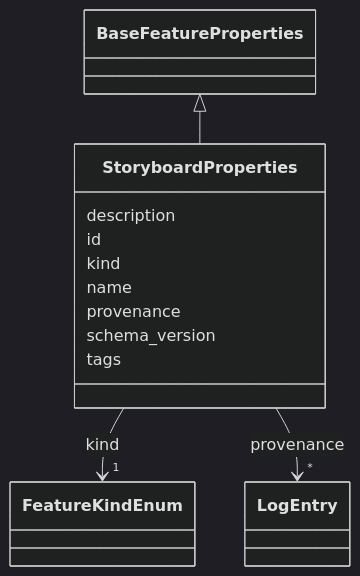
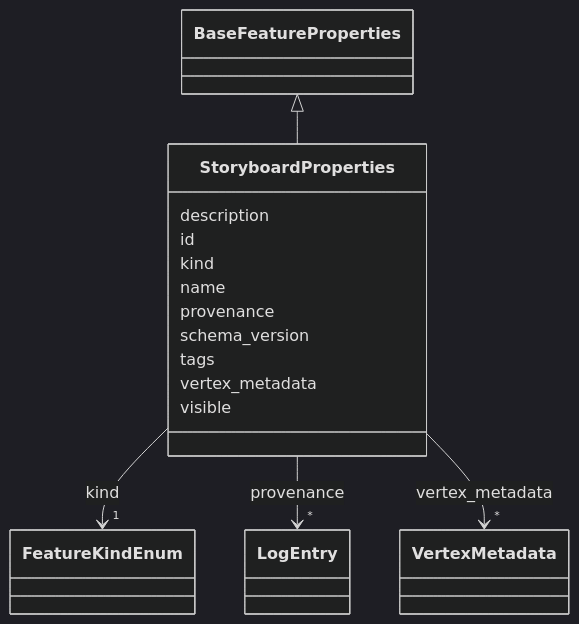
Before and after one commit to debrief/debrief-future: the diagram in schema-docs-md/classes/StoryboardProperties.md, drawn with Mermaid (dark theme). The commit also changed other lines of this file and 238 other files, not shown here.

````diff
--- a/schema-docs-md/classes/StoryboardProperties.md
+++ b/schema-docs-md/classes/StoryboardProperties.md
@@ -19,41 +19,54 @@
 ```mermaid
  classDiagram
     class StoryboardProperties
     click StoryboardProperties href "../../classes/StoryboardProperties/"
       BaseFeatureProperties <|-- StoryboardProperties
         click BaseFeatureProperties href "../../classes/BaseFeatureProperties/"
       
       StoryboardProperties : description
         
       StoryboardProperties : id
         
       StoryboardProperties : kind
         
           
     
         
         
         StoryboardProperties --> "1" FeatureKindEnum : kind
         click FeatureKindEnum href "../../enums/FeatureKindEnum/"
     
 
         
       StoryboardProperties : name
         
       StoryboardProperties : provenance
         
           
     
         
         
         StoryboardProperties --> "*" LogEntry : provenance
         click LogEntry href "../../classes/LogEntry/"
     
 
         
       StoryboardProperties : schema_version
         
       StoryboardProperties : tags
         
+      StoryboardProperties : vertex_metadata
+        
+          
+    
+        
+        
+        StoryboardProperties --> "*" VertexMetadata : vertex_metadata
+        click VertexMetadata href "../../classes/VertexMetadata/"
+    
+
+        
+      StoryboardProperties : visible
+        
       
 ```
````
